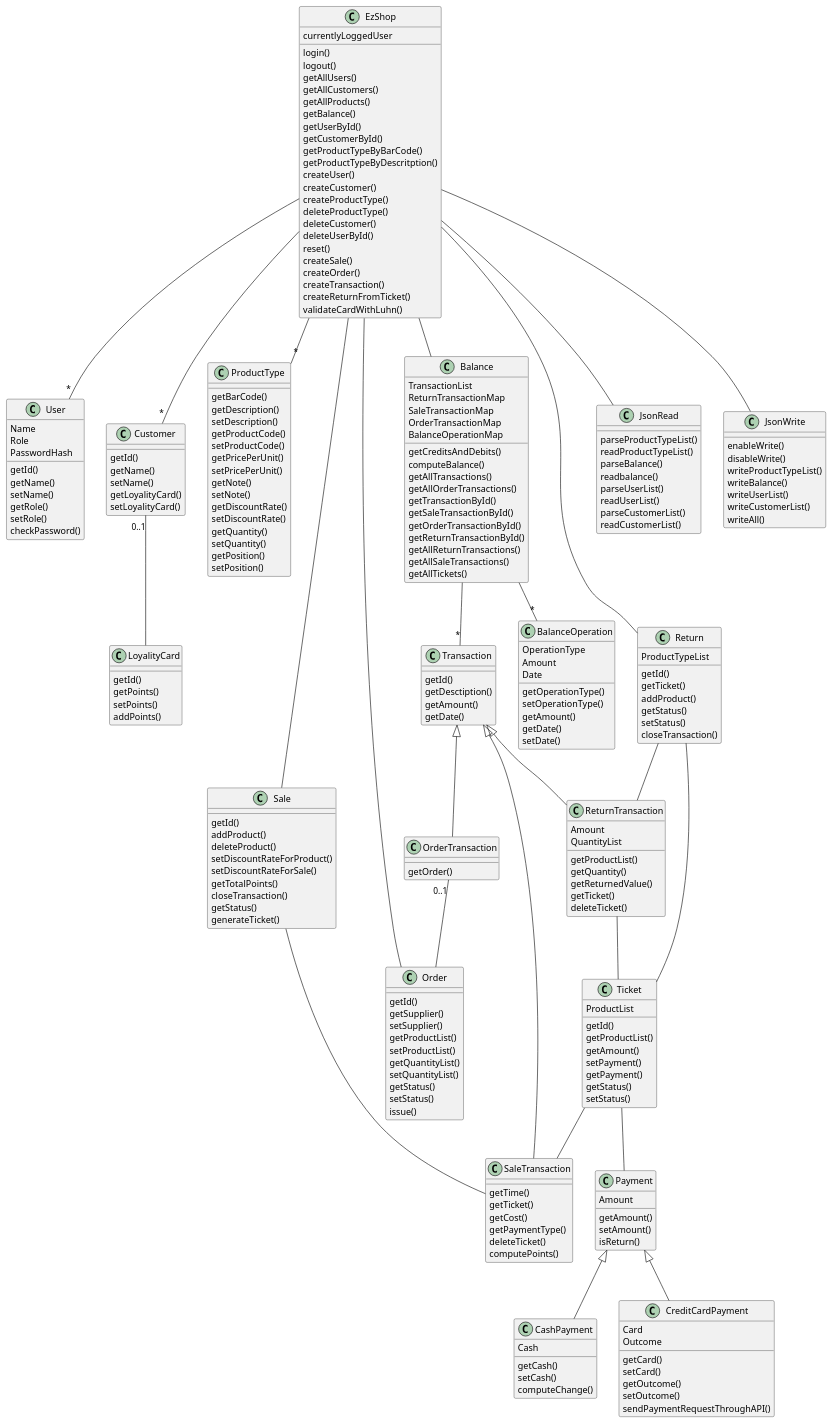
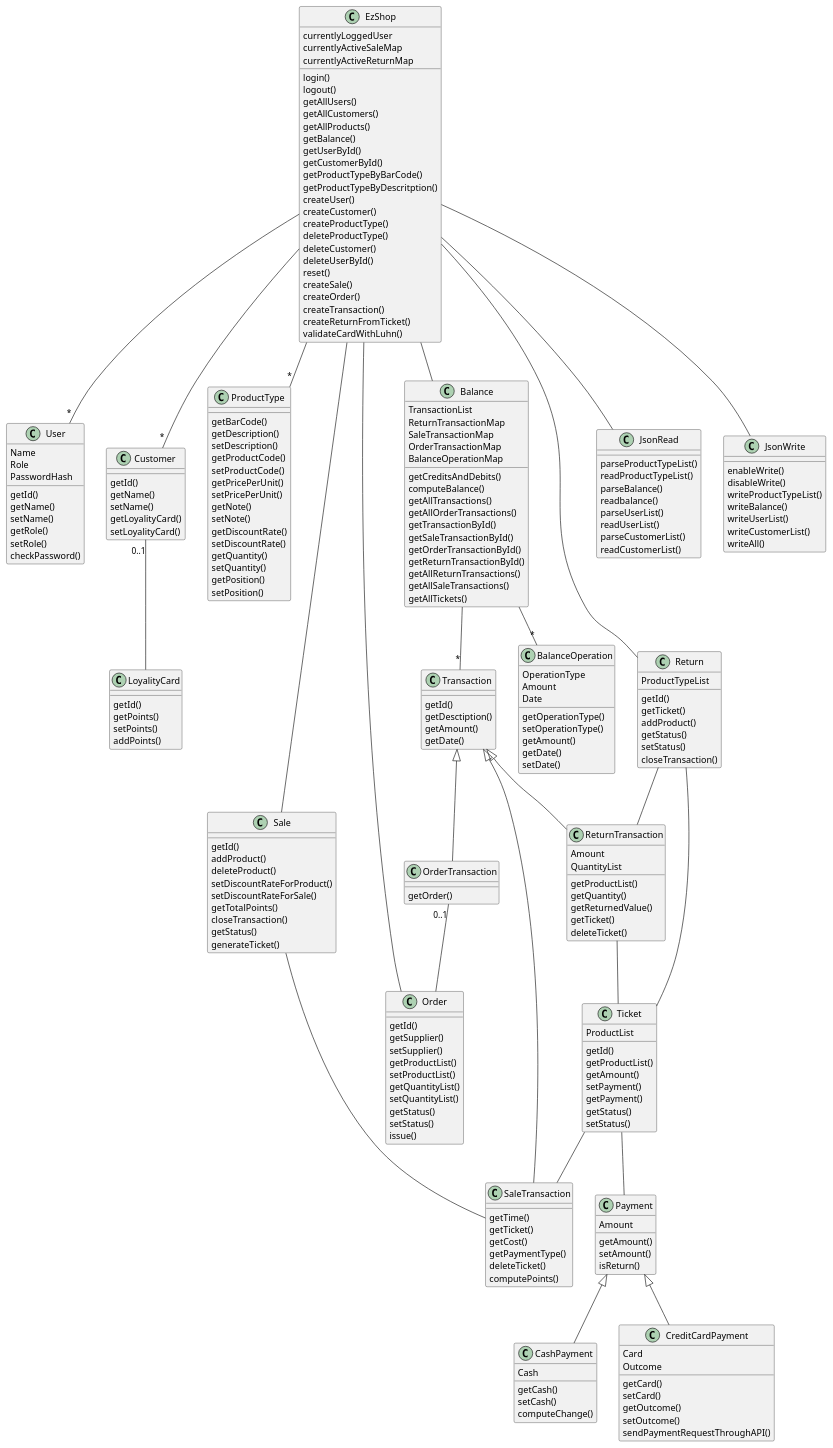
Before and after one commit to paolotron/EzshoProject31: the second of 4 diagrams in Deliverables/DesignDocument.md, drawn with PlantUML.

```diff
--- a/Deliverables/DesignDocument.md
+++ b/Deliverables/DesignDocument.md
@@ -81,6 +81,8 @@
     createReturnFromTicket()
     validateCardWithLuhn()
     currentlyLoggedUser
+    currentlyActiveSaleMap
+    currentlyActiveReturnMap
 }
 class User{
     Name
```
